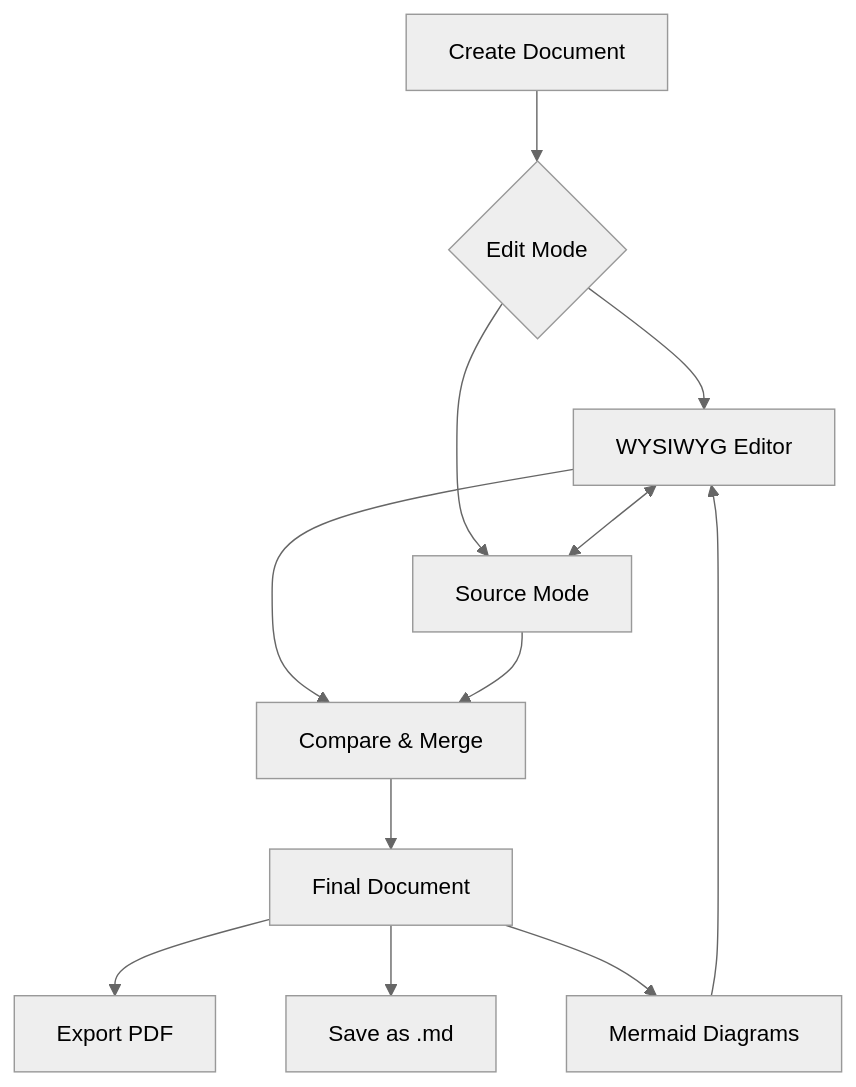
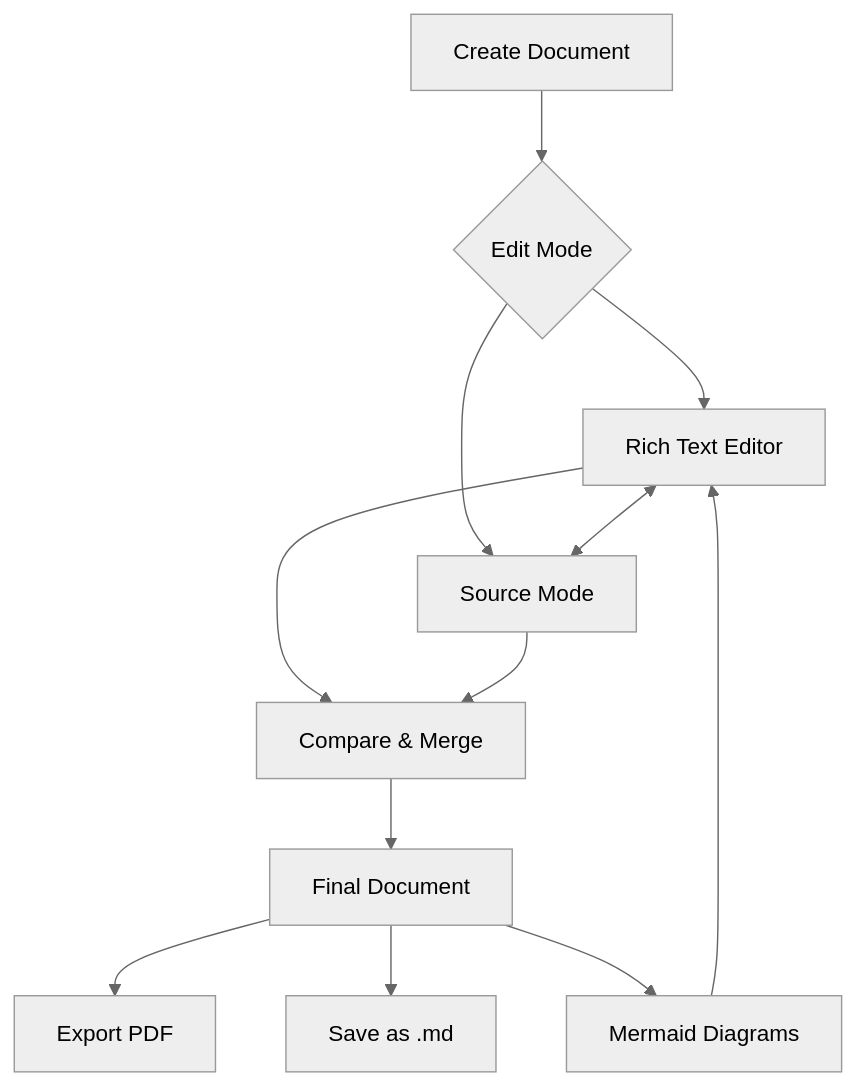
One commit to anytime-trial/anytime-markdown changed the diagram in packages/editor-core/src/constants/templates/welcomeContent.md. Above: the diagram before and after it, drawn with Mermaid (neutral theme). The commit also changed 6 other files, not shown here.

````diff
--- a/packages/editor-core/src/constants/templates/welcomeContent.md
+++ b/packages/editor-core/src/constants/templates/welcomeContent.md
@@ -9,14 +9,14 @@
 ```mermaid
 graph TD
     A[Create Document] --> B{Edit Mode}
-    B --> C[WYSIWYG Editor]
+    B --> C[Rich Text Editor]
     B --> D[Source Mode]
     C <--> D
     C --> E[Compare & Merge]
     D --> E
     E --> F[Final Document]
     F --> G[Export PDF]
     F --> H[Save as .md]
     F --> I[Mermaid Diagrams]
     I --> C
 ```
````
